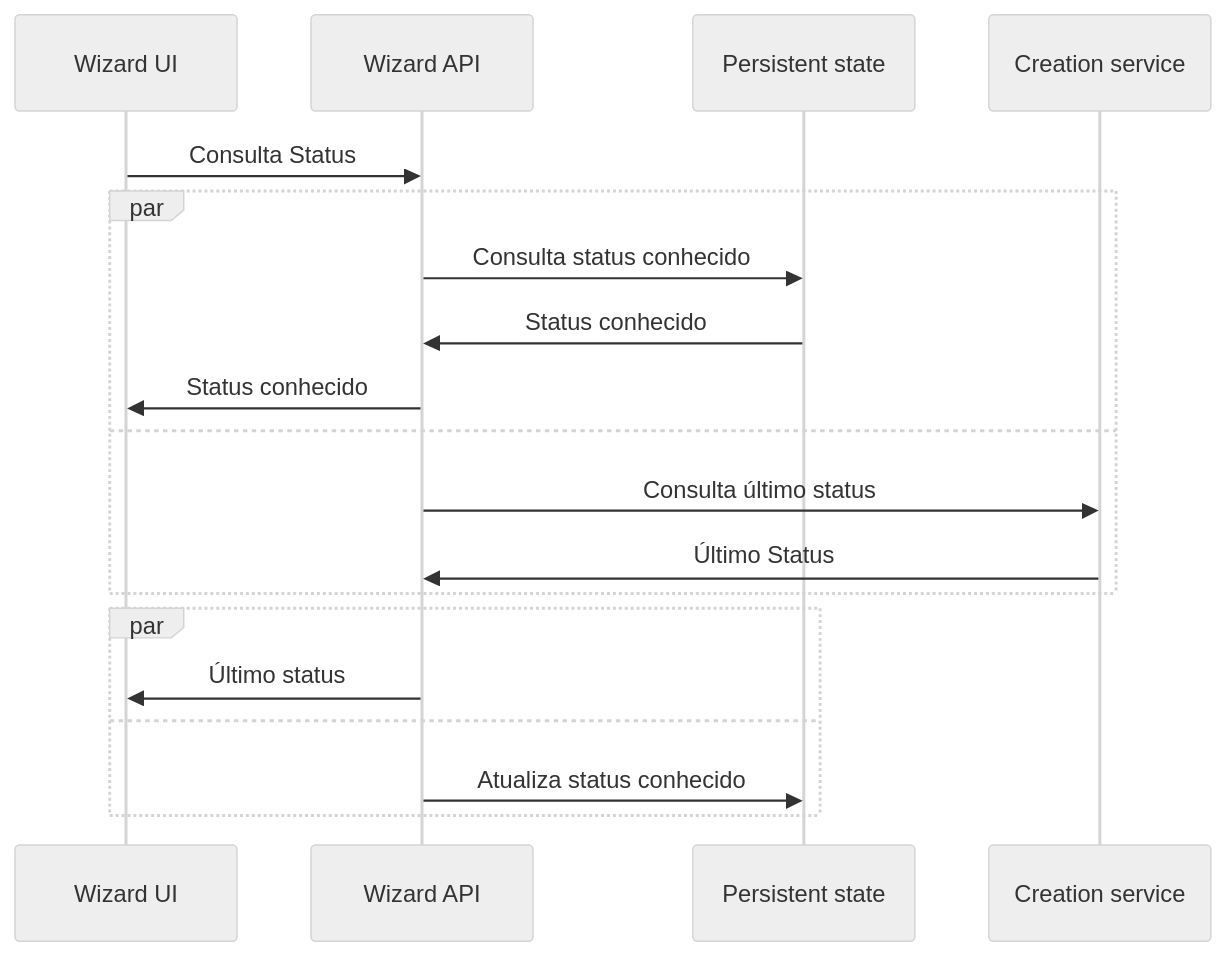
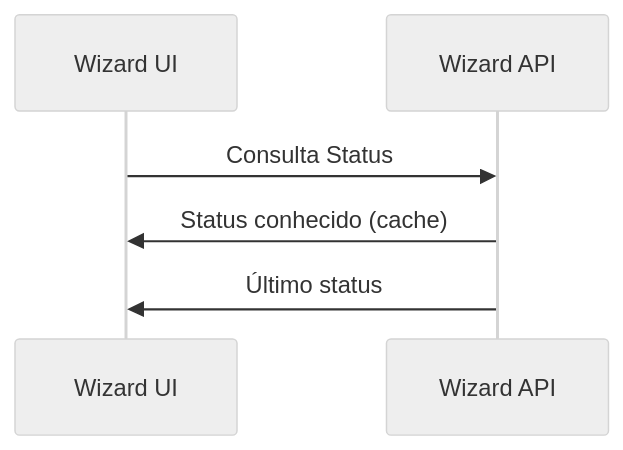
The third of 3 diagrams in README.md (jaxyendy/wizard-ui), drawn with Mermaid (neutral theme) before and after one commit. The commit also changed other lines of this file, not shown here.

Commit message:
Simplifica os diagramas do wizard UI com o BFF (API)

````diff
--- a/README.md
+++ b/README.md
@@ -80,17 +67,6 @@
 ```mermaid
 sequenceDiagram
     Wizard UI->>Wizard API: Consulta Status
-    par
-        Wizard API->>Persistent state: Consulta status conhecido
-        Persistent state->>Wizard API: Status conhecido
-        Wizard API->>Wizard UI: Status conhecido
-    and
-        Wizard API->>Creation service: Consulta último status
-        Creation service->>Wizard API: Último Status
-    end
-    par
-        Wizard API->>Wizard UI: Último status
-    and
-        Wizard API->>Persistent state: Atualiza status conhecido
-    end
+    Wizard API->>Wizard UI: Status conhecido (cache)
+    Wizard API->>Wizard UI: Último status
 ```
````
